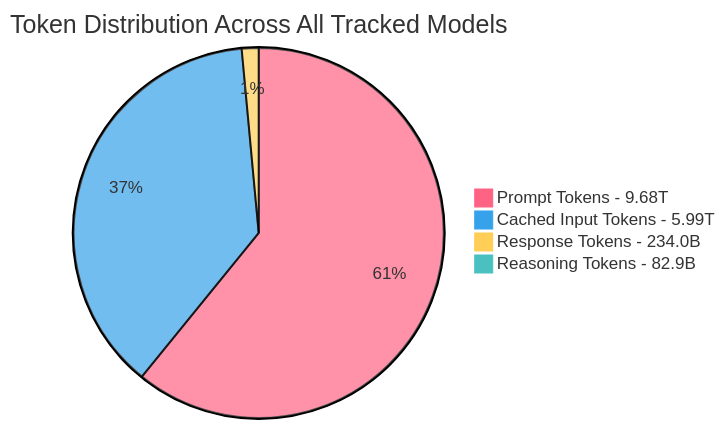
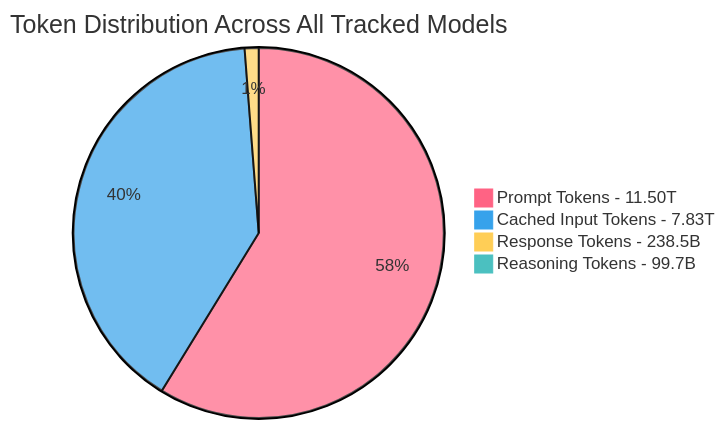
One commit to johnbean393/openrouter-inference-stats changed the fourth of 4 diagrams in README.md. Above: the diagram before and after it, drawn with Mermaid. The commit also changed other lines of this file and 1 other file, not shown here.

````diff
--- a/README.md
+++ b/README.md
@@ -56,9 +56,9 @@
 ```mermaid
 %%{init: {'theme': 'base', 'themeVariables': {'pie1': '#FF6384', 'pie2': '#36A2EB', 'pie3': '#FFCE56', 'pie4': '#4BC0C0', 'pie5': '#9966FF', 'pie6': '#FF9F40', 'pie7': '#2ECC71', 'pie8': '#FF66B2', 'pie9': '#00CCFF', 'pie10': '#E74C3C', 'pie11': '#F39C12', 'pie12': '#1ABC9C'}}}%%
 pie
     title Token Distribution Across All Tracked Models
-    "Prompt Tokens - 9.68T" : 9682470087353
-    "Cached Input Tokens - 5.99T" : 5990230217122
-    "Response Tokens - 234.0B" : 234011705130
-    "Reasoning Tokens - 82.9B" : 82887769404
+    "Prompt Tokens - 11.50T" : 11504848394148
+    "Cached Input Tokens - 7.83T" : 7833821907704
+    "Response Tokens - 238.5B" : 238494940975
+    "Reasoning Tokens - 99.7B" : 99676224653
 ```
````
